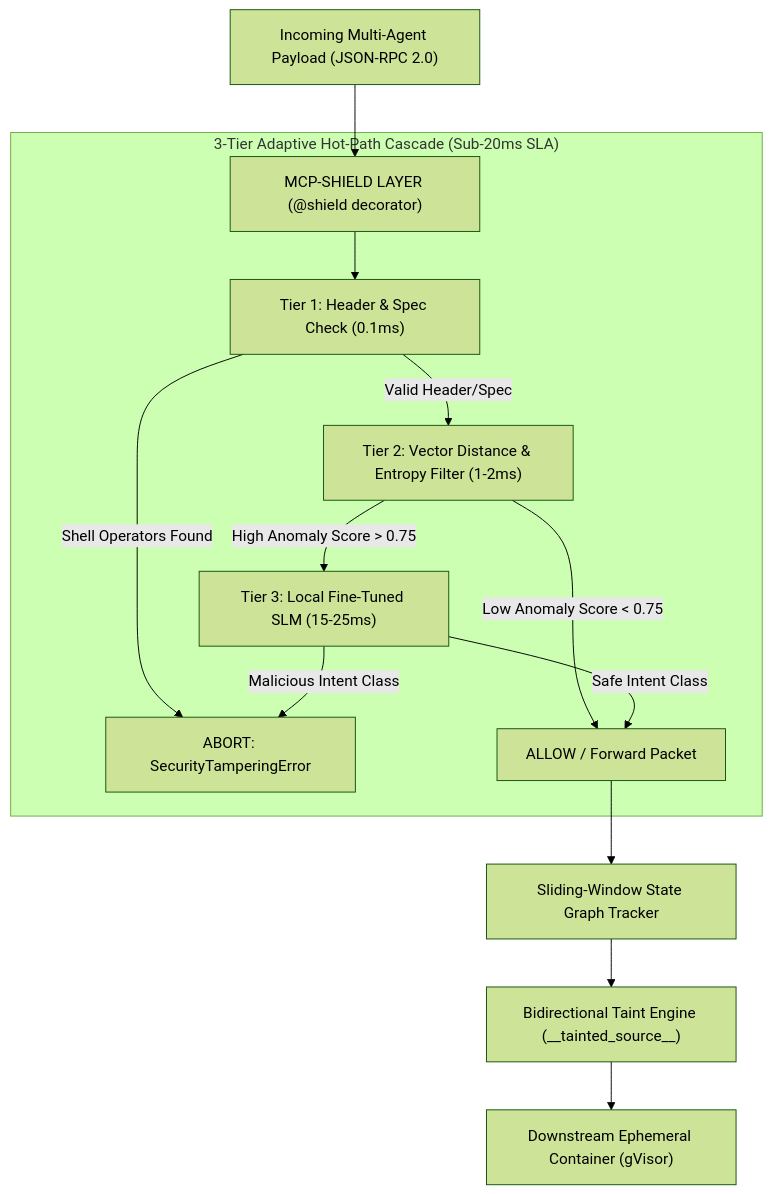
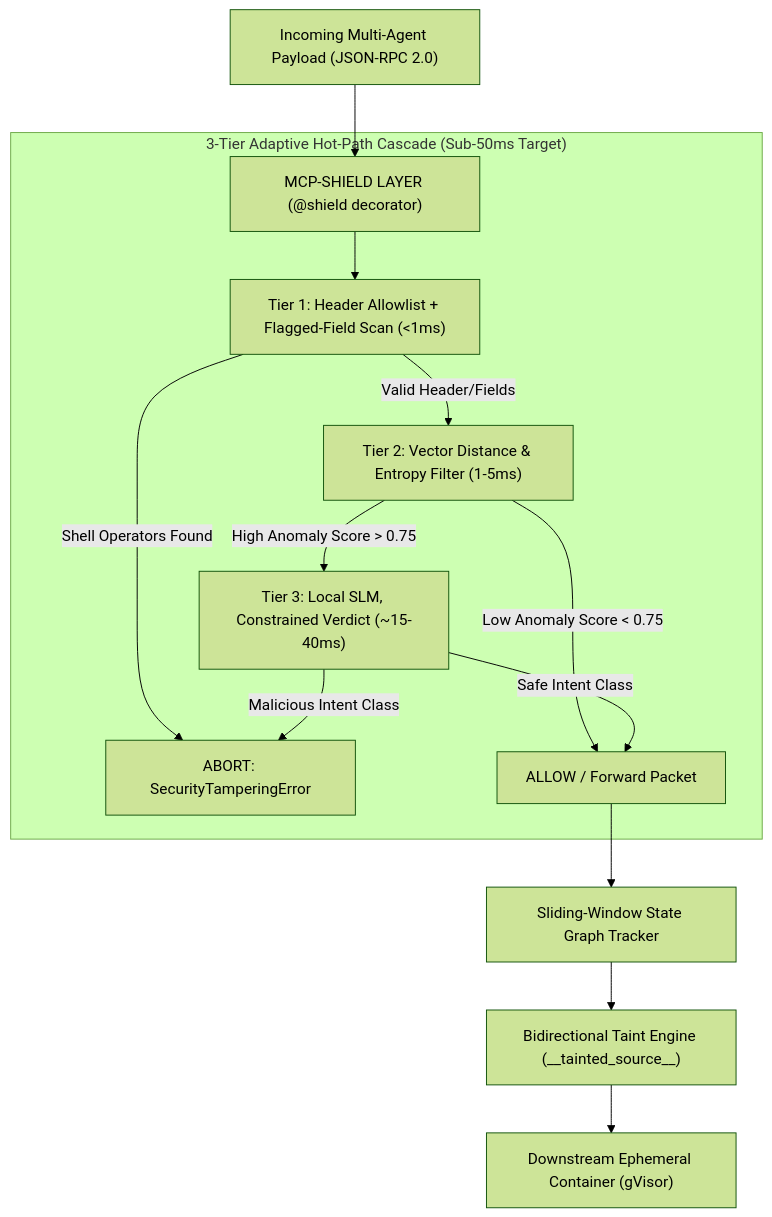
Before and after one commit to rishikeshvarma/MCP-Shield: the diagram in 00 - Master Architecture & Overview.md, drawn with Mermaid (forest theme). The commit also changed other lines of this file and 6 other files, not shown here.

````diff
--- a/00 - Master Architecture & Overview.md
+++ b/00 - Master Architecture & Overview.md
@@ -59,20 +62,20 @@
 ```mermaid
 graph TD
     Payload["Incoming Multi-Agent Payload (JSON-RPC 2.0)"] --> Decorator["MCP-SHIELD LAYER (@shield decorator)"]
     
-    subgraph Cascade["3-Tier Adaptive Hot-Path Cascade (Sub-20ms SLA)"]
-        Decorator --> T1["Tier 1: Header & Spec Check (0.1ms)"]
-        T1 -->|Valid Header/Spec| T2["Tier 2: Vector Distance & Entropy Filter (1-2ms)"]
+    subgraph Cascade["3-Tier Adaptive Hot-Path Cascade (Sub-50ms Target)"]
+        Decorator --> T1["Tier 1: Header Allowlist + Flagged-Field Scan (<1ms)"]
+        T1 -->|Valid Header/Fields| T2["Tier 2: Vector Distance & Entropy Filter (1-5ms)"]
         T1 -->|Shell Operators Found| Deny["ABORT: SecurityTamperingError"]
         
         T2 -->|"Low Anomaly Score < 0.75"| Pass["ALLOW / Forward Packet"]
-        T2 -->|"High Anomaly Score > 0.75"| T3["Tier 3: Local Fine-Tuned SLM (15-25ms)"]
+        T2 -->|"High Anomaly Score > 0.75"| T3["Tier 3: Local SLM, Constrained Verdict (~15-40ms)"]
         
         T3 -->|Malicious Intent Class| Deny
         T3 -->|Safe Intent Class| Pass
     end
     
     Pass --> StateTrack["Sliding-Window State Graph Tracker"]
     StateTrack --> Taint["Bidirectional Taint Engine (__tainted_source__)"]
     Taint --> Execution["Downstream Ephemeral Container (gVisor)"]
 ```
````
